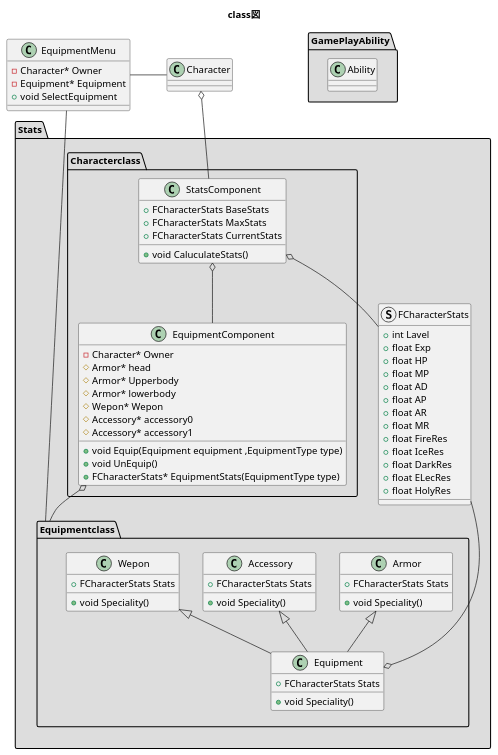
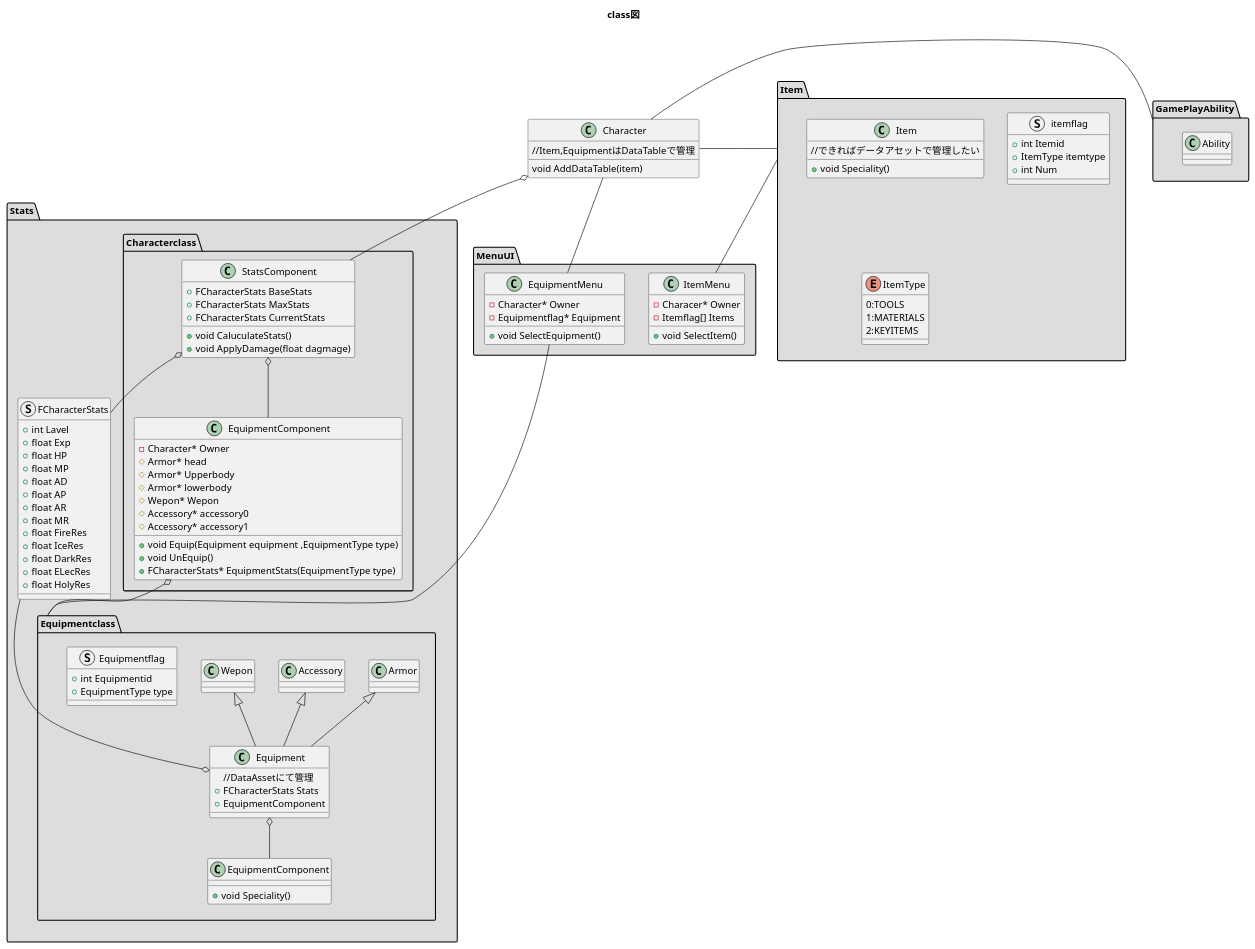
The diagram in MsgicLibrary/MagicLibraryClass.pu (shutouyusei/UML), drawn with PlantUML before and after one commit.

Commit message:
なんかいろいろ[C

```diff
--- a/MsgicLibrary/MagicLibraryClass.pu
+++ b/MsgicLibrary/MagicLibraryClass.pu
@@ -1,97 +1,138 @@
 @startuml
 title class図
-class EquipmentMenu
+package MenuUI #DDDDDD
 {
-    -Character* Owner
-    -Equipment* Equipment
-    +void SelectEquipment
+    class EquipmentMenu
+    {
+        -Character* Owner
+        -Equipmentflag* Equipment
+        +void SelectEquipment()
+    }  
+    class ItemMenu
+    {
+        -Characer* Owner
+        -Itemflag[] Items
+        +void SelectItem()
+    }
 }
-
 class Character
 {
+    void AddDataTable(item)
+    //Item,EquipmentはDataTableで管理
 }
 EquipmentMenu - Stats.Equipmentclass
-EquipmentMenu - Character
+EquipmentMenu -up- Character
 package Stats #DDDDDD
 {
     struct FCharacterStats
     {
     +int Lavel
     +float Exp
         +float HP
         +float MP
         +float AD
         +float AP
         +float AR
         +float MR
         +float FireRes
         +float IceRes
         +float DarkRes
         +float ELecRes
         +float HolyRes
     }
 
 
     package "Equipmentclass" #DDDDDD {
         class Equipment
-        {   
-        +FCharacterStats Stats
-        +void Speciality()
+        {
+            //DataAssetにて管理
+            +FCharacterStats Stats
+            +EquipmentComponent
         }
         class Wepon
         {
-            +FCharacterStats Stats
-            +void Speciality()
         }
         class Accessory
         {
-            +FCharacterStats Stats
+        }
+        class Armor
+        {          
+        }
+        struct Equipmentflag
+        {
+            +int Equipmentid
+            +EquipmentType type
+        }
+        class EquipmentComponent
+        {
             +void Speciality()
         }
-        class Armor
-        {
-            +FCharacterStats Stats
-            +void Speciality()
-        }
+        EquipmentComponent -up-o Equipment
         Equipment -up-|> Wepon 
         Equipment -up-|> Accessory
         Equipment -up-|> Armor
     }
 
     package "Characterclass" #DDDDDD {
         class StatsComponent
         {
             +FCharacterStats BaseStats
             +FCharacterStats MaxStats
             +FCharacterStats CurrentStats
             +void CaluculateStats()
+            +void ApplyDamage(float dagmage)
         }
         class EquipmentComponent
         {
             -Character* Owner
             #Armor* head
             #Armor* Upperbody
             #Armor* lowerbody
             #Wepon* Wepon
             #Accessory* accessory0
             #Accessory* accessory1
             +void Equip(Equipment equipment ,EquipmentType type)
             +void UnEquip()
             +FCharacterStats* EquipmentStats(EquipmentType type)
         }
+
         EquipmentComponent -up-o StatsComponent
         StatsComponent -up-o Character
         FCharacterStats -up-o StatsComponent
         Equipmentclass -up-o EquipmentComponent 
         FCharacterStats -o Equipment
     } 
 }
 package GamePlayAbility #DDDDDD
 {
     class Ability
     {
-        
+
     }
 }
 
+GamePlayAbility -left- Character
+
+package Item #DDDDDD
+{
+    class Item
+    {
+        //できればデータアセットで管理したい
+        +void Speciality()
+    }
+    struct itemflag
+    {
+        +int Itemid
+        +ItemType itemtype
+        +int Num
+    }
+    enum ItemType{
+        0:TOOLS
+        1:MATERIALS
+        2:KEYITEMS
+    }
+}
+Item -right- Character
+Item -down- MenuUI.ItemMenu
+
 @enduml
```
